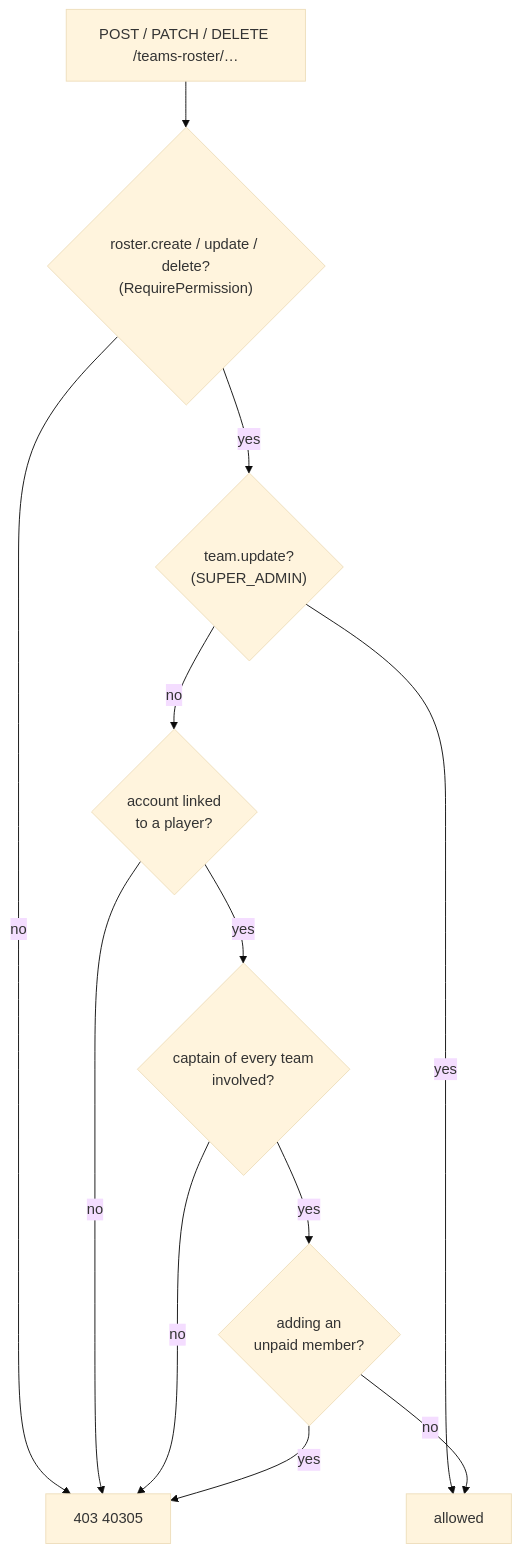
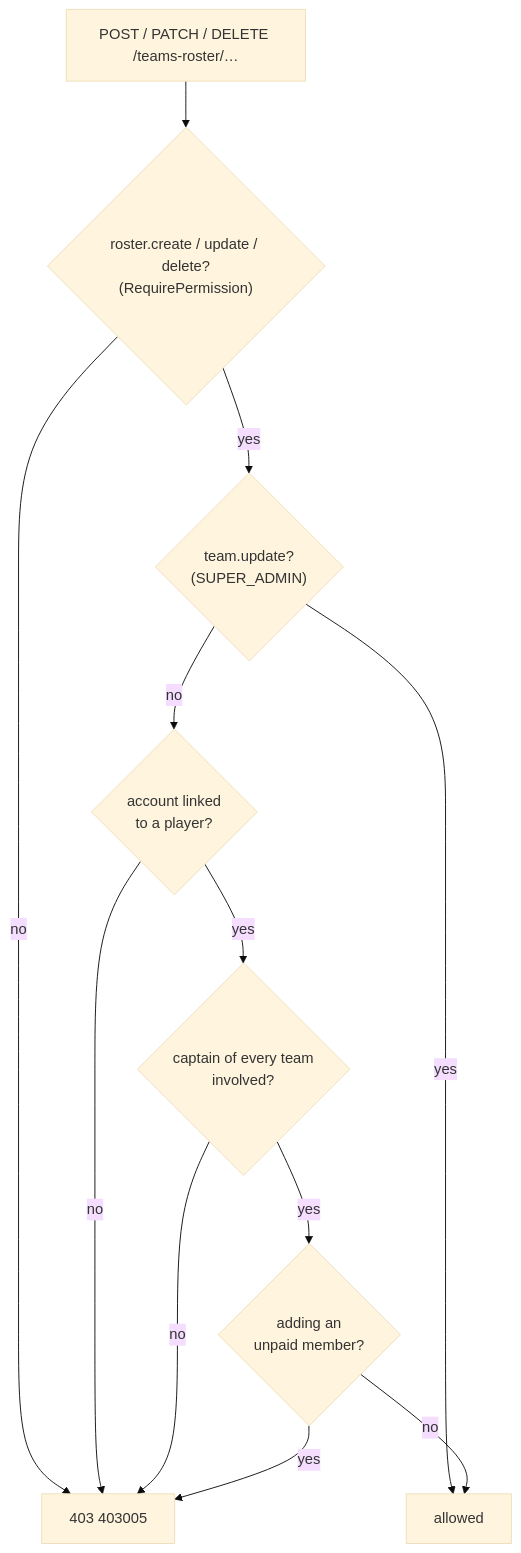
Before and after one commit to mini-apps-org/league-be: the third of 3 diagrams in docs/data-model.md, drawn with Mermaid (base theme). The commit also changed 17 other files, not shown here.

````diff
--- a/docs/data-model.md
+++ b/docs/data-model.md
@@ -152,14 +152,14 @@
 ```mermaid
 flowchart TD
     req["POST / PATCH / DELETE /teams-roster/…"] --> perm{"roster.create / update / delete?<br/>(RequirePermission)"}
-    perm -- no --> deny["403 40305"]
+    perm -- no --> deny["403 403005"]
     perm -- yes --> any{"team.update?<br/>(SUPER_ADMIN)"}
     any -- yes --> ok["allowed"]
     any -- no --> link{"account linked<br/>to a player?"}
     link -- no --> deny
     link -- yes --> cap{"captain of every team<br/>involved?"}
     cap -- no --> deny
     cap -- yes --> paid{"adding an<br/>unpaid member?"}
     paid -- yes --> deny
     paid -- no --> ok
 ```
````
